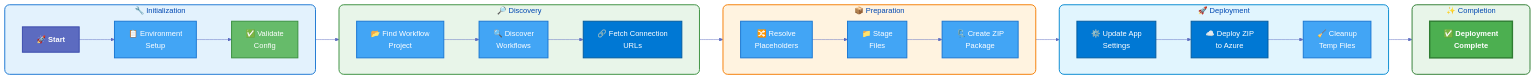
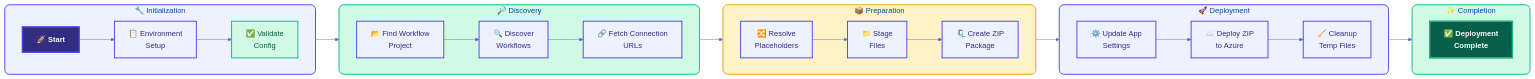
Before and after one commit to Evilazaro/Azure-LogicApps-Monitoring: the diagram in docs/hooks/deploy-workflow.md, drawn with Mermaid. The commit also changed 11 other files, not shown here.

Commit message:
feat(docs): Update diagrams with modern color palette for improved accessibility and clarity

````diff
--- a/docs/hooks/deploy-workflow.md
+++ b/docs/hooks/deploy-workflow.md
@@ -199,57 +199,57 @@
 ```mermaid
 %%{init: {'theme': 'base', 'themeVariables': { 'primaryColor': '#4a90d9', 'primaryTextColor': '#ffffff', 'primaryBorderColor': '#2c5aa0', 'lineColor': '#5c6bc0', 'secondaryColor': '#81c784', 'tertiaryColor': '#ffb74d'}}}%%
 flowchart LR
     %% ===== PHASE 1: INITIALIZATION =====
     subgraph phase1["🔧 Initialization"]
         direction LR
         A["🚀 Start"]:::startNode --> B["📋 Environment<br/>Setup"]:::processNode
         B --> C["✅ Validate<br/>Config"]:::validationNode
     end
 
     %% ===== PHASE 2: DISCOVERY =====
     subgraph phase2["🔎 Discovery"]
         direction LR
         D["📂 Find Workflow<br/>Project"]:::processNode --> E["🔍 Discover<br/>Workflows"]:::processNode
         E --> F["🔗 Fetch Connection<br/>URLs"]:::azureNode
     end
 
     %% ===== PHASE 3: PREPARATION =====
     subgraph phase3["📦 Preparation"]
         direction LR
         G["🔀 Resolve<br/>Placeholders"]:::processNode --> H["📁 Stage<br/>Files"]:::processNode
         H --> I["🗜️ Create ZIP<br/>Package"]:::processNode
     end
 
     %% ===== PHASE 4: DEPLOYMENT =====
     subgraph phase4["🚀 Deployment"]
         direction LR
         J["⚙️ Update App<br/>Settings"]:::azureNode --> K["☁️ Deploy ZIP<br/>to Azure"]:::azureNode
         K --> L["🧹 Cleanup<br/>Temp Files"]:::processNode
     end
 
     %% ===== PHASE 5: COMPLETION =====
     subgraph phase5["✨ Completion"]
         direction LR
         M["✅ Deployment<br/>Complete"]:::successNode
     end
 
     %% ===== INTER-PHASE CONNECTIONS =====
     phase1 --> phase2
     phase2 --> phase3
     phase3 --> phase4
     phase4 --> phase5
 
     %% ===== STYLES =====
-    classDef startNode fill:#5c6bc0,stroke:#3949ab,stroke-width:2px,color:#ffffff,font-weight:bold
-    classDef processNode fill:#42a5f5,stroke:#1976d2,stroke-width:2px,color:#ffffff
-    classDef validationNode fill:#66bb6a,stroke:#388e3c,stroke-width:2px,color:#ffffff
-    classDef azureNode fill:#0078d4,stroke:#005a9e,stroke-width:2px,color:#ffffff
-    classDef successNode fill:#4caf50,stroke:#2e7d32,stroke-width:3px,color:#ffffff,font-weight:bold
+    classDef startNode fill:#312E81,stroke:#4F46E5,stroke-width:3px,color:#fff,font-weight:bold
+    classDef processNode fill:#EEF2FF,stroke:#4F46E5,stroke-width:2px,color:#312E81
+    classDef validationNode fill:#D1FAE5,stroke:#10B981,stroke-width:2px,color:#065F46
+    classDef azureNode fill:#EEF2FF,stroke:#4F46E5,stroke-width:2px,color:#312E81
+    classDef successNode fill:#065F46,stroke:#10B981,stroke-width:3px,color:#fff,font-weight:bold
 
     %% ===== SUBGRAPH STYLES =====
-    style phase1 fill:#e3f2fd,stroke:#1976d2,stroke-width:2px,rx:10
-    style phase2 fill:#e8f5e9,stroke:#388e3c,stroke-width:2px,rx:10
-    style phase3 fill:#fff3e0,stroke:#f57c00,stroke-width:2px,rx:10
-    style phase4 fill:#e1f5fe,stroke:#0288d1,stroke-width:2px,rx:10
-    style phase5 fill:#e8f5e9,stroke:#2e7d32,stroke-width:2px,rx:10
+    style phase1 fill:#EEF2FF,stroke:#4F46E5,stroke-width:2px,rx:10
+    style phase2 fill:#D1FAE5,stroke:#10B981,stroke-width:2px,rx:10
+    style phase3 fill:#FEF3C7,stroke:#F59E0B,stroke-width:2px,rx:10
+    style phase4 fill:#EEF2FF,stroke:#4F46E5,stroke-width:2px,rx:10
+    style phase5 fill:#D1FAE5,stroke:#10B981,stroke-width:2px,rx:10
 ```
````
